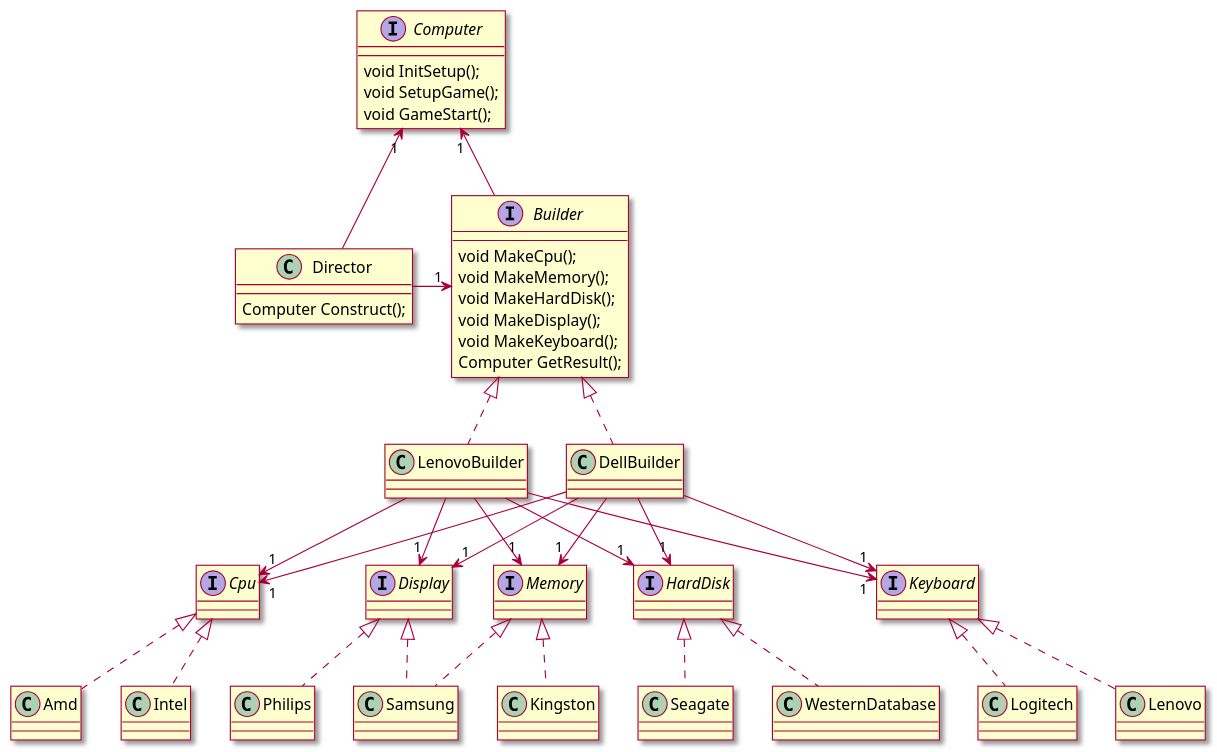
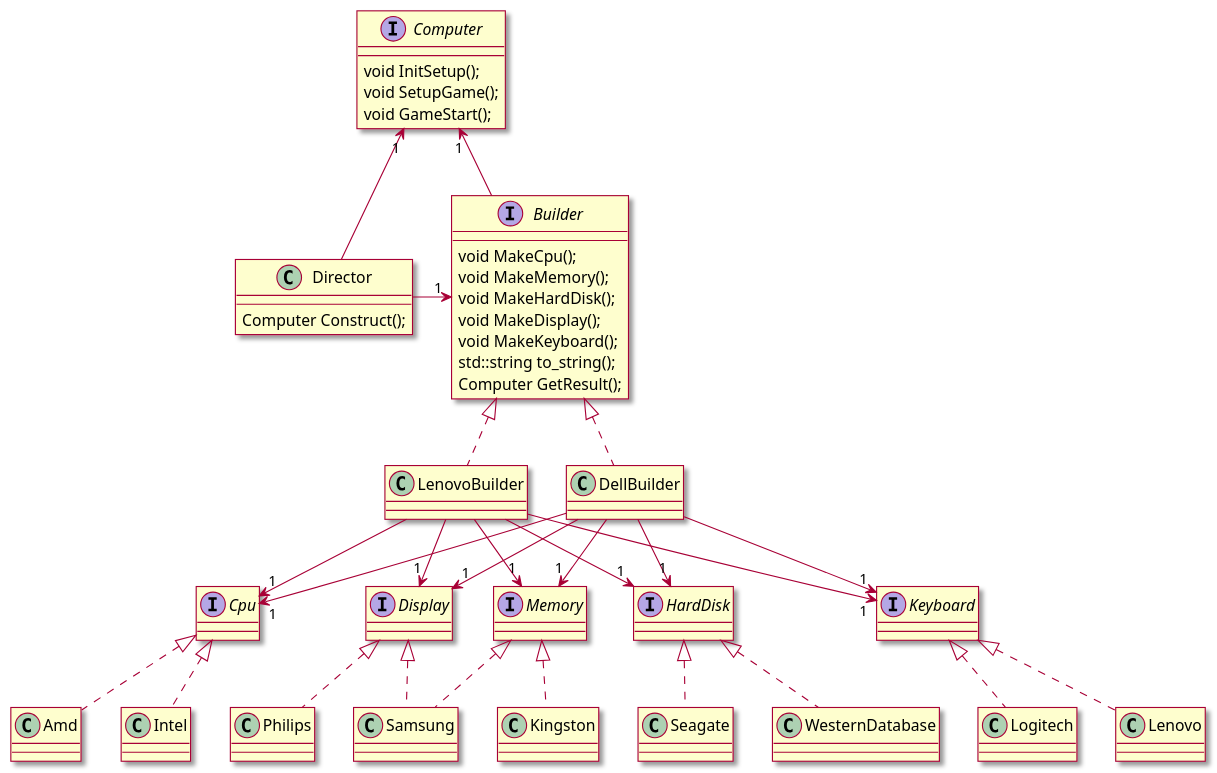
The diagram in src/s2_logic_design_pattern/s1_design_pattern_create/BuilderClassDiagram.puml (yanxueweicn/tdd_dev), drawn with PlantUML before and after one commit. The commit also changed 6 other files, not shown here.

```diff
--- a/src/s2_logic_design_pattern/s1_design_pattern_create/BuilderClassDiagram.puml
+++ b/src/s2_logic_design_pattern/s1_design_pattern_create/BuilderClassDiagram.puml
@@ -1,59 +1,60 @@
 @startuml
 skin rose
 
 interface Computer {
     void InitSetup();
     void SetupGame();
     void GameStart();
 }
 interface Builder {
     void MakeCpu();
     void MakeMemory();
     void MakeHardDisk();
     void MakeDisplay();
     void MakeKeyboard();
+    std::string to_string();
     Computer GetResult();
 }
 Builder -u-> "1" Computer
 
 class LenovoBuilder implements Builder
 class DellBuilder implements Builder
 class Director {
     Computer Construct();
 }
 Director -r-> "1" Builder
 Director -u-> "1" Computer
 
 interface Cpu
 class Intel implements Cpu
 class Amd implements Cpu
 
 interface Memory
 class Samsung implements Memory
 class Kingston implements Memory
 
 interface HardDisk
 class WesternDatabase implements HardDisk
 class Seagate implements HardDisk
 
 interface Display
 class Samsung implements Display
 class Philips implements Display
 
 interface Keyboard
 class Lenovo implements Keyboard
 class Logitech implements Keyboard
 
 LenovoBuilder --> "1" Cpu
 LenovoBuilder --> "1" Memory
 LenovoBuilder --> "1" HardDisk
 LenovoBuilder --> "1" Display
 LenovoBuilder --> "1" Keyboard
 
 DellBuilder --> "1" Cpu
 DellBuilder --> "1" Memory
 DellBuilder --> "1" HardDisk
 DellBuilder --> "1" Display
 DellBuilder --> "1" Keyboard
 
 @enduml
```
